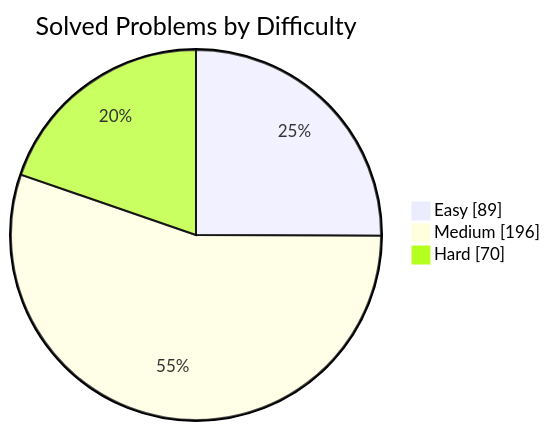
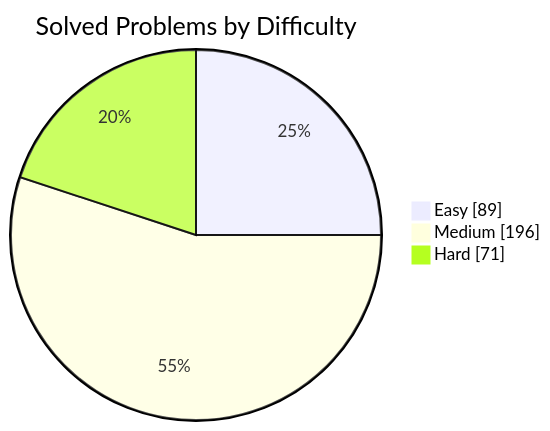
One commit to manikantbindass/DSA-Preparation-FAANG changed the first of 2 diagrams in README.md. Above: the diagram before and after it, drawn with Mermaid. The commit also changed other lines of this file and 1 other file, not shown here.

````diff
--- a/README.md
+++ b/README.md
@@ -77,7 +77,7 @@
 ```mermaid
 pie showData
     title Solved Problems by Difficulty
     "Easy" : 89
     "Medium" : 196
-    "Hard" : 70
+    "Hard" : 71
 ```
````
